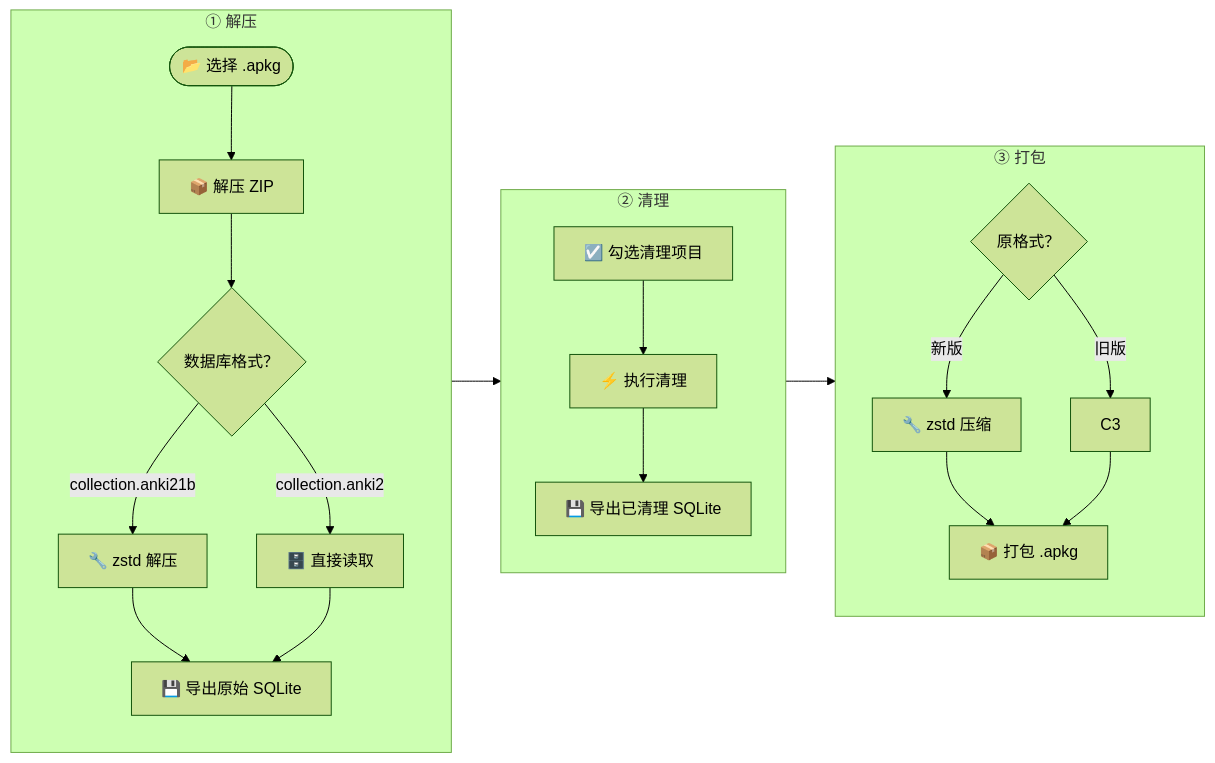
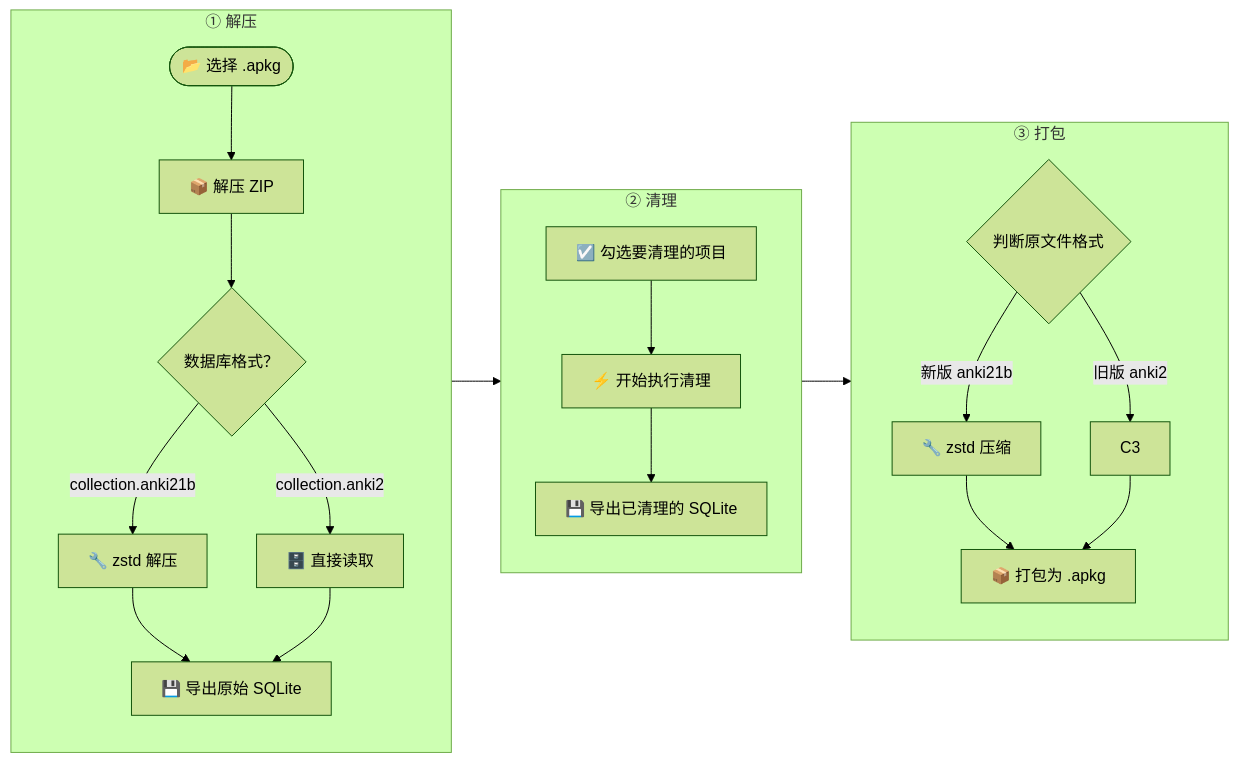
The first of 2 diagrams in README.md (frankzheng43/AnkiHTMLCleaner), drawn with Mermaid (forest theme) before and after one commit.

Commit message:
统一子图宽度

````diff
--- a/README.md
+++ b/README.md
@@ -7,29 +7,29 @@
 ```mermaid
 flowchart LR
     subgraph S1["① 解压"]
         direction TB
         A1(["📂 选择 .apkg"]) -->
         A2["📦 解压 ZIP"] -->
         A3{"数据库格式？"}
         A3 -->|collection.anki21b| A4["🔧 zstd 解压"]
         A3 -->|collection.anki2| A5["🗄️ 直接读取"]
         A4 & A5 --> A6["💾 导出原始 SQLite"]
     end
 
     subgraph S2["② 清理"]
         direction TB
-        B1["☑️ 勾选清理项目"] -->
-        B2["⚡ 执行清理"] -->
-        B3["💾 导出已清理 SQLite"]
+        B1["☑️ 勾选要清理的项目"] -->
+        B2["⚡ 开始执行清理"] -->
+        B3["💾 导出已清理的 SQLite"]
     end
 
     subgraph S3["③ 打包"]
         direction TB
-        C1{"原格式？"}
-        C1 -->|新版| C2["🔧 zstd 压缩"]
-        C1 -->|旧版| C3
-        C2 & C3 --> C4["📦 打包 .apkg"]
+        C1{"判断原文件格式"}
+        C1 -->|新版 anki21b| C2["🔧 zstd 压缩"]
+        C1 -->|旧版 anki2| C3
+        C2 & C3 --> C4["📦 打包为 .apkg"]
     end
 
     S1 --> S2 --> S3
 ```
````
